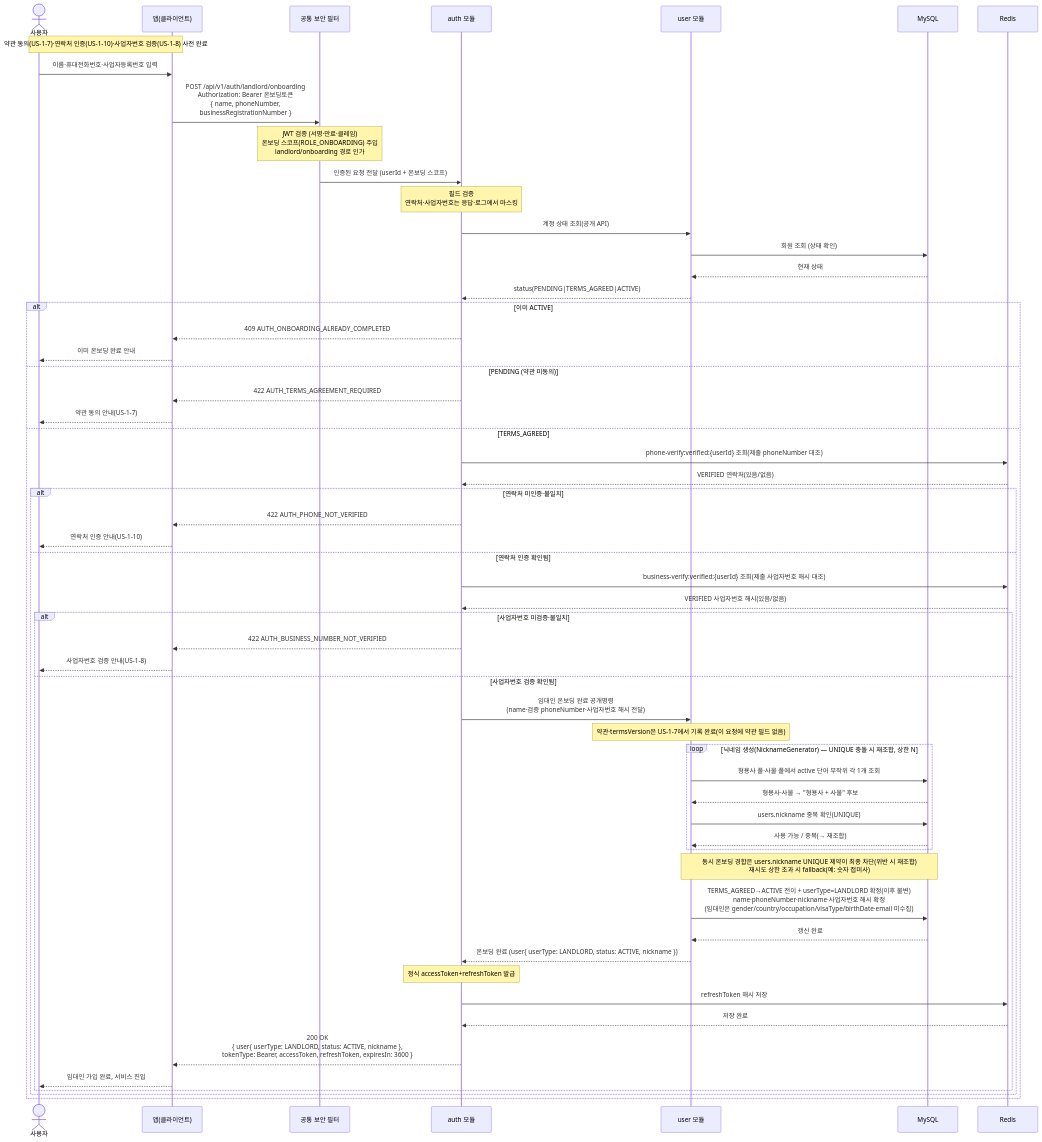
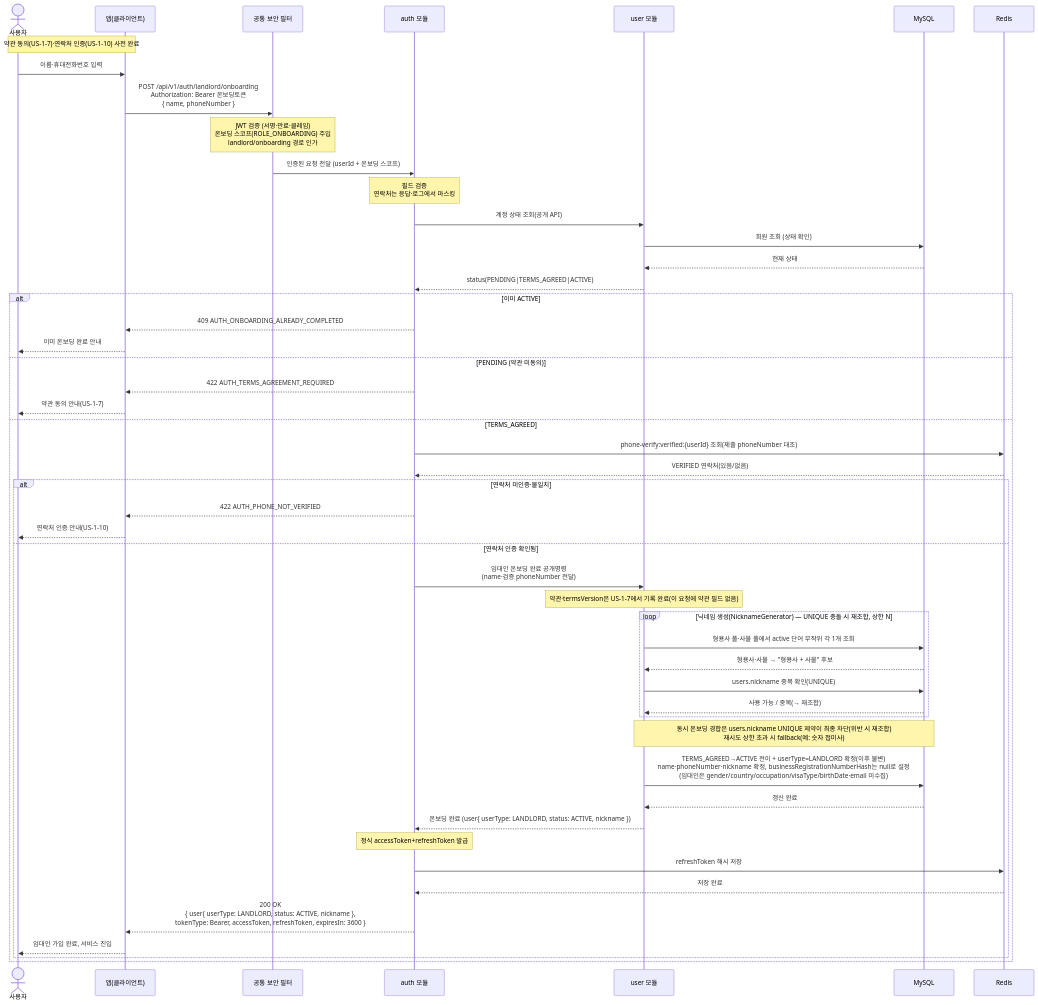
The diagram in docs/architecture/sequence-diagrams/01-auth-onboarding/us-1-9-landlord-onboarding.md (jameskim9509/Kohere-backend), drawn with Mermaid before and after one commit. The commit also changed other lines of this file and 10 other files, not shown here.

First line of the commit message:
docs(auth): 사업자번호 검증 온보딩 분리·무상태 반영

````diff
--- a/docs/architecture/sequence-diagrams/01-auth-onboarding/us-1-9-landlord-onboarding.md
+++ b/docs/architecture/sequence-diagrams/01-auth-onboarding/us-1-9-landlord-onboarding.md
@@ -7,60 +7,53 @@
 ```mermaid
 sequenceDiagram
     actor U as 사용자
     participant C as 앱(클라이언트)
     participant SEC as 공통 보안 필터
     participant AUTH as auth 모듈
     participant USER as user 모듈
     participant SQL as MySQL
     participant RDS as Redis
 
-    Note over U,C: 약관 동의(US-1-7)·연락처 인증(US-1-10)·사업자번호 검증(US-1-8) 사전 완료
-    U->>C: 이름·휴대전화번호·사업자등록번호 입력
-    C->>SEC: POST /api/v1/auth/landlord/onboarding<br/>Authorization: Bearer 온보딩토큰<br/>{ name, phoneNumber,<br/>businessRegistrationNumber }
+    Note over U,C: 약관 동의(US-1-7)·연락처 인증(US-1-10) 사전 완료
+    U->>C: 이름·휴대전화번호 입력
+    C->>SEC: POST /api/v1/auth/landlord/onboarding<br/>Authorization: Bearer 온보딩토큰<br/>{ name, phoneNumber }
     Note over SEC: JWT 검증 (서명·만료·클레임)<br/>온보딩 스코프(ROLE_ONBOARDING) 주입<br/>landlord/onboarding 경로 인가
     SEC->>AUTH: 인증된 요청 전달 (userId + 온보딩 스코프)
-    Note over AUTH: 필드 검증<br/>연락처·사업자번호는 응답·로그에서 마스킹
+    Note over AUTH: 필드 검증<br/>연락처는 응답·로그에서 마스킹
     AUTH->>USER: 계정 상태 조회(공개 API)
     USER->>SQL: 회원 조회 (상태 확인)
     SQL-->>USER: 현재 상태
     USER-->>AUTH: status(PENDING|TERMS_AGREED|ACTIVE)
     alt 이미 ACTIVE
         AUTH-->>C: 409 AUTH_ONBOARDING_ALREADY_COMPLETED
         C-->>U: 이미 온보딩 완료 안내
     else PENDING (약관 미동의)
         AUTH-->>C: 422 AUTH_TERMS_AGREEMENT_REQUIRED
         C-->>U: 약관 동의 안내(US-1-7)
     else TERMS_AGREED
         AUTH->>RDS: phone-verify:verified:{userId} 조회(제출 phoneNumber 대조)
         RDS-->>AUTH: VERIFIED 연락처(있음/없음)
         alt 연락처 미인증·불일치
             AUTH-->>C: 422 AUTH_PHONE_NOT_VERIFIED
             C-->>U: 연락처 인증 안내(US-1-10)
         else 연락처 인증 확인됨
-            AUTH->>RDS: business-verify:verified:{userId} 조회(제출 사업자번호 해시 대조)
-            RDS-->>AUTH: VERIFIED 사업자번호 해시(있음/없음)
-            alt 사업자번호 미검증·불일치
-                AUTH-->>C: 422 AUTH_BUSINESS_NUMBER_NOT_VERIFIED
-                C-->>U: 사업자번호 검증 안내(US-1-8)
-            else 사업자번호 검증 확인됨
-                AUTH->>USER: 임대인 온보딩 완료 공개명령<br/>(name·검증 phoneNumber·사업자번호 해시 전달)
-                Note over USER: 약관·termsVersion은 US-1-7에서 기록 완료(이 요청에 약관 필드 없음)
-                loop 닉네임 생성(NicknameGenerator) — UNIQUE 충돌 시 재조합, 상한 N
-                    USER->>SQL: 형용사 풀·사물 풀에서 active 단어 무작위 각 1개 조회
-                    SQL-->>USER: 형용사·사물 → "형용사 + 사물" 후보
-                    USER->>SQL: users.nickname 중복 확인(UNIQUE)
-                    SQL-->>USER: 사용 가능 / 중복(→ 재조합)
-                end
-                Note over USER,SQL: 동시 온보딩 경합은 users.nickname UNIQUE 제약이 최종 차단(위반 시 재조합)<br/>재시도 상한 초과 시 fallback(예: 숫자 접미사)
-                USER->>SQL: TERMS_AGREED→ACTIVE 전이 + userType=LANDLORD 확정(이후 불변)<br/>name·phoneNumber·nickname·사업자번호 해시 확정<br/>(임대인은 gender/country/occupation/visaType/birthDate·email 미수집)
-                SQL-->>USER: 갱신 완료
-                USER-->>AUTH: 온보딩 완료 (user{ userType: LANDLORD, status: ACTIVE, nickname })
-                Note over AUTH: 정식 accessToken+refreshToken 발급
-                AUTH->>RDS: refreshToken 해시 저장
-                RDS-->>AUTH: 저장 완료
-                AUTH-->>C: 200 OK<br/>{ user{ userType: LANDLORD, status: ACTIVE, nickname },<br/>tokenType: Bearer, accessToken, refreshToken, expiresIn: 3600 }
-                C-->>U: 임대인 가입 완료, 서비스 진입
+            AUTH->>USER: 임대인 온보딩 완료 공개명령<br/>(name·검증 phoneNumber 전달)
+            Note over USER: 약관·termsVersion은 US-1-7에서 기록 완료(이 요청에 약관 필드 없음)
+            loop 닉네임 생성(NicknameGenerator) — UNIQUE 충돌 시 재조합, 상한 N
+                USER->>SQL: 형용사 풀·사물 풀에서 active 단어 무작위 각 1개 조회
+                SQL-->>USER: 형용사·사물 → "형용사 + 사물" 후보
+                USER->>SQL: users.nickname 중복 확인(UNIQUE)
+                SQL-->>USER: 사용 가능 / 중복(→ 재조합)
             end
+            Note over USER,SQL: 동시 온보딩 경합은 users.nickname UNIQUE 제약이 최종 차단(위반 시 재조합)<br/>재시도 상한 초과 시 fallback(예: 숫자 접미사)
+            USER->>SQL: TERMS_AGREED→ACTIVE 전이 + userType=LANDLORD 확정(이후 불변)<br/>name·phoneNumber·nickname 확정, businessRegistrationNumberHash는 null로 설정<br/>(임대인은 gender/country/occupation/visaType/birthDate·email 미수집)
+            SQL-->>USER: 갱신 완료
+            USER-->>AUTH: 온보딩 완료 (user{ userType: LANDLORD, status: ACTIVE, nickname })
+            Note over AUTH: 정식 accessToken+refreshToken 발급
+            AUTH->>RDS: refreshToken 해시 저장
+            RDS-->>AUTH: 저장 완료
+            AUTH-->>C: 200 OK<br/>{ user{ userType: LANDLORD, status: ACTIVE, nickname },<br/>tokenType: Bearer, accessToken, refreshToken, expiresIn: 3600 }
+            C-->>U: 임대인 가입 완료, 서비스 진입
         end
     end
 ```
````
